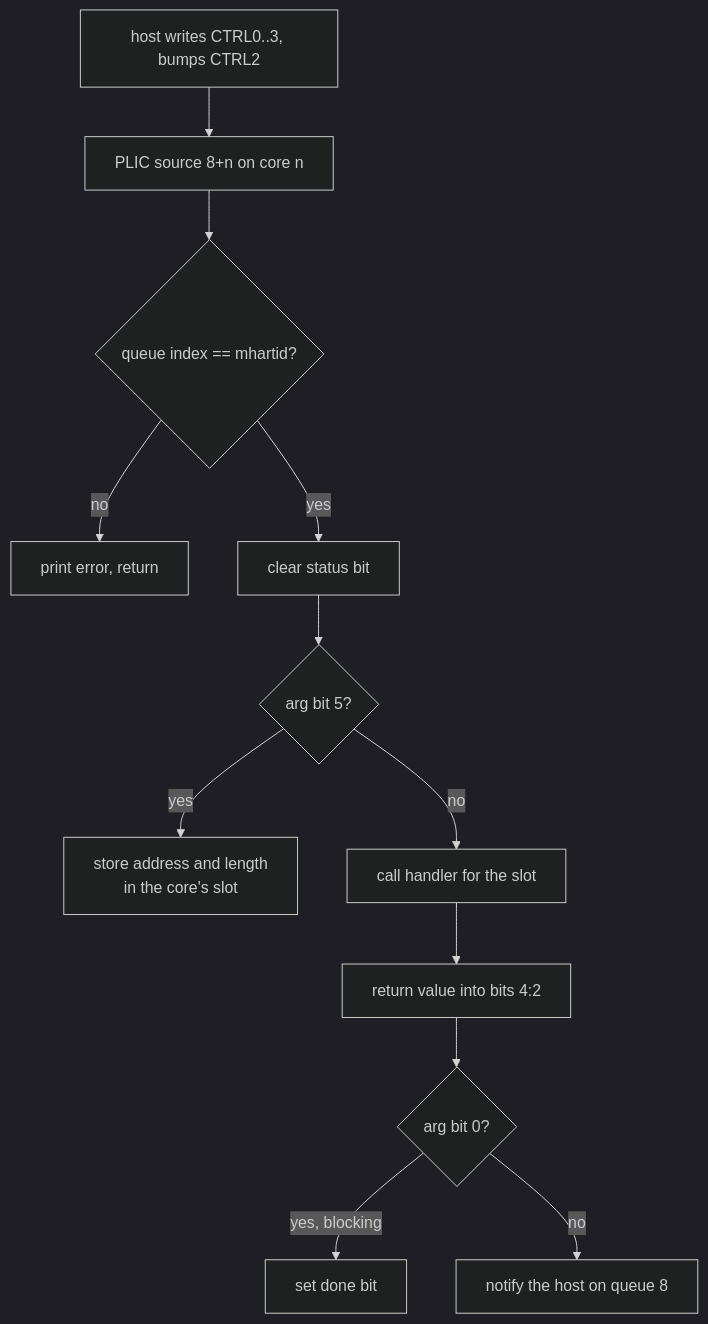
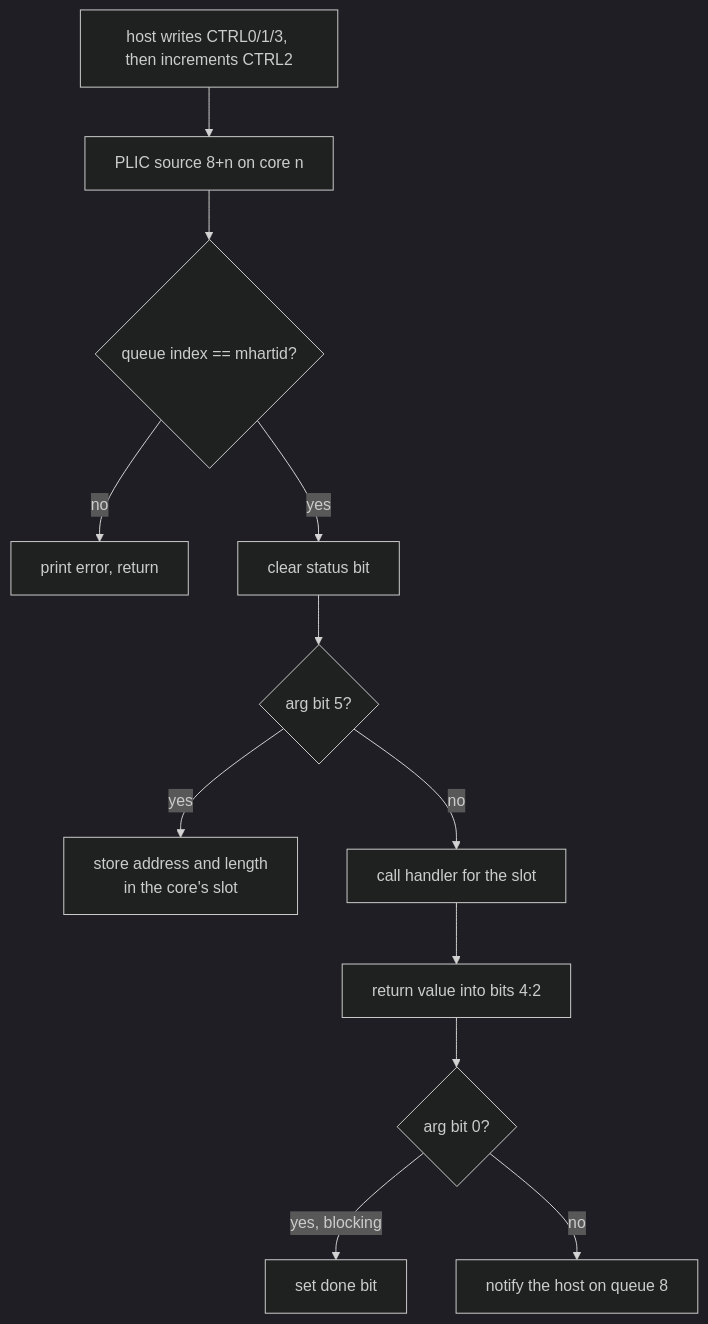
One commit to Sirherobrine23/ClankerNPU changed the diagram in docs/mailbox.md. Above: the diagram before and after it, drawn with Mermaid (dark theme). The commit also changed other lines of this file and 41 other files, not shown here.

````diff
--- a/docs/mailbox.md
+++ b/docs/mailbox.md
@@ -31,14 +53,14 @@
 ```mermaid
 flowchart TD
-  A["host writes CTRL0..3, bumps CTRL2"] --> B["PLIC source 8+n on core n"]
+  A["host writes CTRL0/1/3, then increments CTRL2"] --> B["PLIC source 8+n on core n"]
   B --> C{"queue index == mhartid?"}
   C -->|no| X["print error, return"]
   C -->|yes| D["clear status bit"]
   D --> E{"arg bit 5?"}
   E -->|yes| F["store address and length<br/>in the core's slot"]
   E -->|no| G["call handler for the slot"]
   G --> H["return value into bits 4:2"]
   H --> I{"arg bit 0?"}
   I -->|yes, blocking| J["set done bit"]
   I -->|no| K["notify the host on queue 8"]
 ```
````
